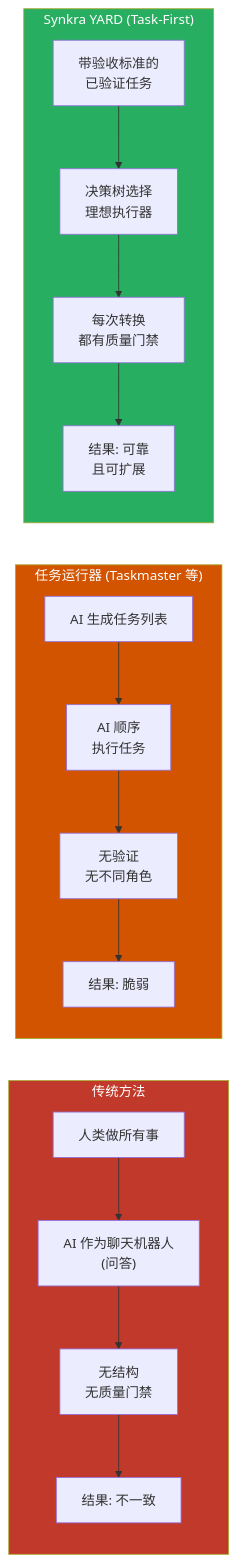
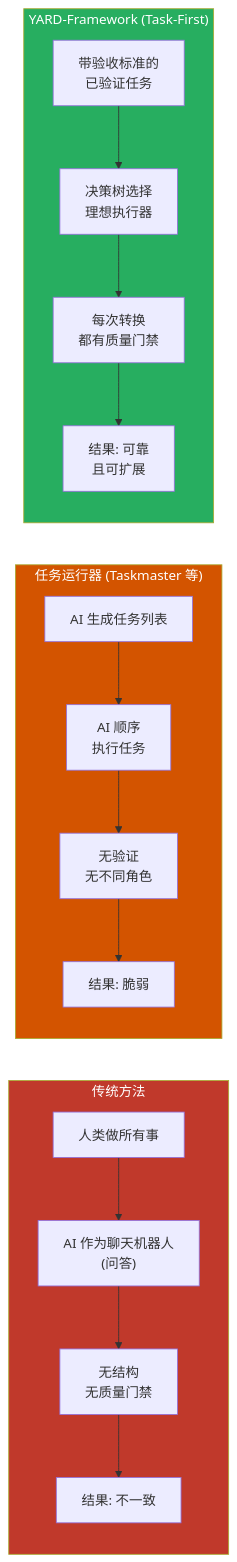
Before and after one commit to ernesto-langa/yard-core: diagram 12 of 12 in docs/zh/architecture/AIOX-VISUAL-OVERVIEW.md, drawn with Mermaid. The commit also changed other lines of this file and 308 other files, not shown here.

````diff
--- a/docs/zh/architecture/AIOX-VISUAL-OVERVIEW.md
+++ b/docs/zh/architecture/AIOX-VISUAL-OVERVIEW.md
@@ -527,27 +527,27 @@
 ```mermaid
 flowchart LR
     subgraph TRAD["传统方法"]
         direction TB
         T1["人类做所有事"] --> T2["AI 作为聊天机器人<br/>(问答)"]
         T2 --> T3["无结构<br/>无质量门禁"]
         T3 --> T4["结果: 不一致"]
     end
 
     subgraph TASKMASTER["任务运行器 (Taskmaster 等)"]
         direction TB
         TM1["AI 生成任务列表"] --> TM2["AI 顺序<br/>执行任务"]
         TM2 --> TM3["无验证<br/>无不同角色"]
         TM3 --> TM4["结果: 脆弱"]
     end
 
-    subgraph YARD_WAY["Synkra YARD (Task-First)"]
+    subgraph YARD_WAY["YARD-Framework (Task-First)"]
         direction TB
         A1["带验收标准的<br/>已验证任务"] --> A2["决策树选择<br/>理想执行器"]
         A2 --> A3["每次转换<br/>都有质量门禁"]
         A3 --> A4["结果: 可靠<br/>且可扩展"]
     end
 
     style TRAD fill:#c0392b,color:#fff
     style TASKMASTER fill:#d35400,color:#fff
     style YARD_WAY fill:#27ae60,color:#fff
 ```
````
